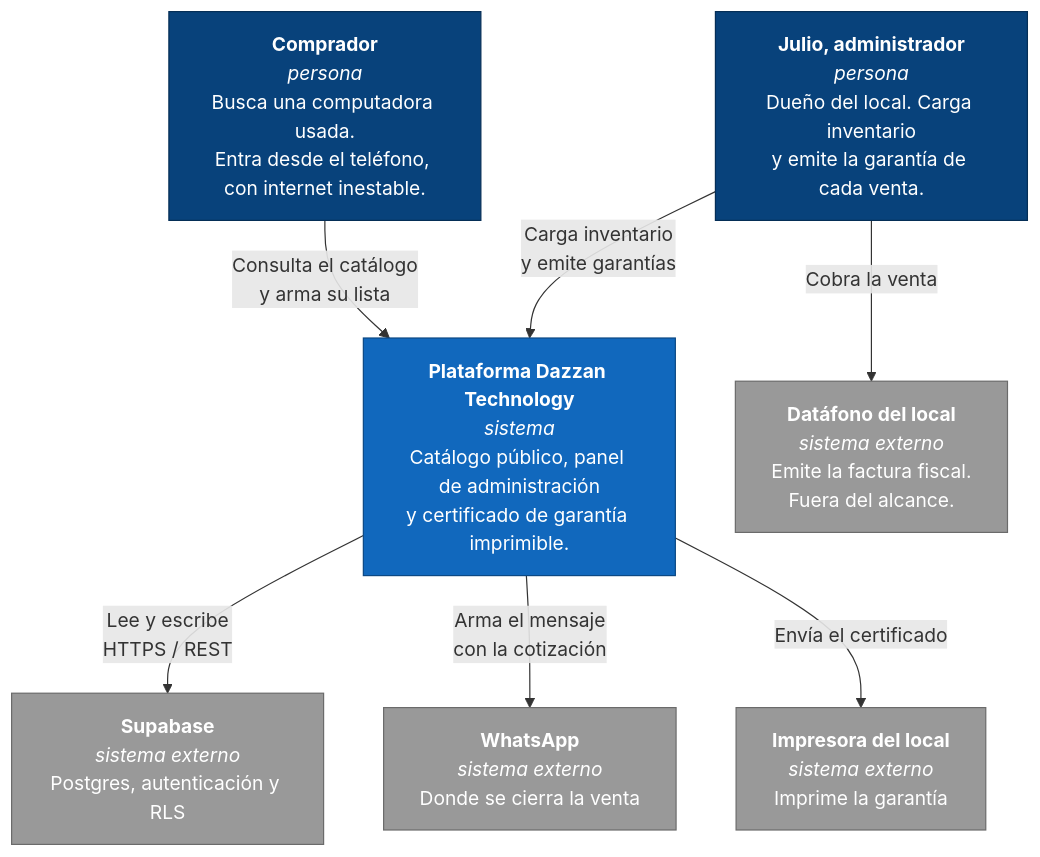
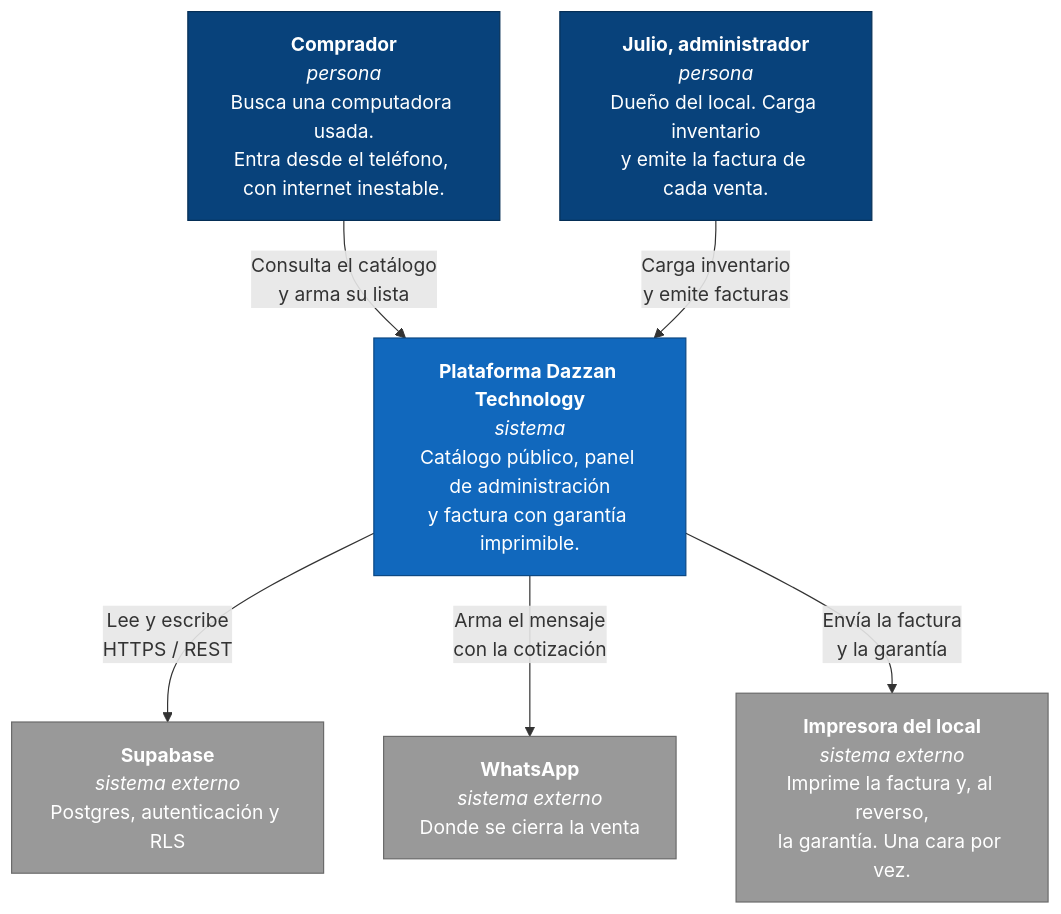
Before and after one commit to michaelsalgado085-rgb/dazzan-technology-web: the first of 4 diagrams in docs/arquitectura.md, drawn with Mermaid. The commit also changed other lines of this file and 2 other files, not shown here.

First line of the commit message:
docs(arquitectura): corregir el contexto, el sistema emite facturas

````diff
--- a/docs/arquitectura.md
+++ b/docs/arquitectura.md
@@ -27,26 +27,24 @@
 ```mermaid
 flowchart TB
   comprador["<b>Comprador</b><br/><i>persona</i><br/>Busca una computadora usada.<br/>Entra desde el teléfono, con internet inestable."]
-  julio["<b>Julio, administrador</b><br/><i>persona</i><br/>Dueño del local. Carga inventario<br/>y emite la garantía de cada venta."]
+  julio["<b>Julio, administrador</b><br/><i>persona</i><br/>Dueño del local. Carga inventario<br/>y emite la factura de cada venta."]
 
-  dazzan["<b>Plataforma Dazzan Technology</b><br/><i>sistema</i><br/>Catálogo público, panel de administración<br/>y certificado de garantía imprimible."]
+  dazzan["<b>Plataforma Dazzan Technology</b><br/><i>sistema</i><br/>Catálogo público, panel de administración<br/>y factura con garantía imprimible."]
 
   supabase["<b>Supabase</b><br/><i>sistema externo</i><br/>Postgres, autenticación y RLS"]
   whatsapp["<b>WhatsApp</b><br/><i>sistema externo</i><br/>Donde se cierra la venta"]
-  impresora["<b>Impresora del local</b><br/><i>sistema externo</i><br/>Imprime la garantía"]
-  datafono["<b>Datáfono del local</b><br/><i>sistema externo</i><br/>Emite la factura fiscal.<br/>Fuera del alcance."]
+  impresora["<b>Impresora del local</b><br/><i>sistema externo</i><br/>Imprime la factura y, al reverso,<br/>la garantía. Una cara por vez."]
 
   comprador -->|"Consulta el catálogo<br/>y arma su lista"| dazzan
-  julio -->|"Carga inventario<br/>y emite garantías"| dazzan
-  julio -->|"Cobra la venta"| datafono
+  julio -->|"Carga inventario<br/>y emite facturas"| dazzan
   dazzan -->|"Lee y escribe<br/>HTTPS / REST"| supabase
   dazzan -->|"Arma el mensaje<br/>con la cotización"| whatsapp
-  dazzan -->|"Envía el certificado"| impresora
+  dazzan -->|"Envía la factura<br/>y la garantía"| impresora
 
   classDef persona fill:#08427b,stroke:#052e56,color:#fff
   classDef sistema fill:#1168bd,stroke:#0b4884,color:#fff
   classDef externo fill:#999,stroke:#6b6b6b,color:#fff
   class comprador,julio persona
   class dazzan sistema
-  class supabase,whatsapp,impresora,datafono externo
+  class supabase,whatsapp,impresora externo
 ```
````
